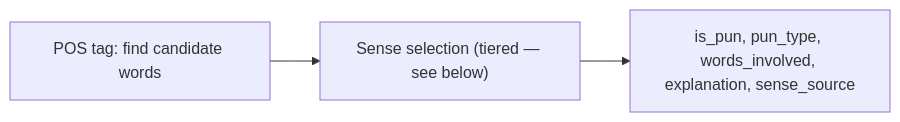
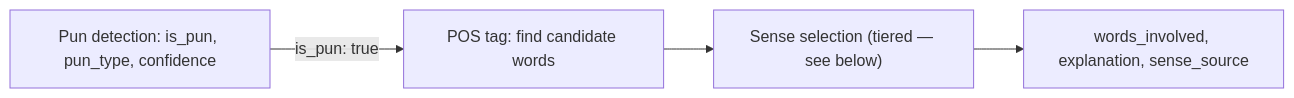
The first of 2 diagrams in docs/design/sense-selection.md (team-play/pun-analysis-agent), drawn with Mermaid before and after one commit. The commit also changed other lines of this file and 16 other files, not shown here.

First line of the commit message:
Design: Tier 3 hands off to Backend's Gemini via sense_source llm_fallback (#31)

````diff
--- a/docs/design/sense-selection.md
+++ b/docs/design/sense-selection.md
@@ -9,5 +9,6 @@
 ```mermaid
 flowchart LR
-    POS["POS tag: find candidate words"] --> SEL["Sense selection (tiered — see below)"]
-    SEL --> OUT["is_pun, pun_type, words_involved, explanation, sense_source"]
+    DET["Pun detection: is_pun, pun_type, confidence"] -- "is_pun: true" --> POS["POS tag: find candidate words"]
+    POS --> SEL["Sense selection (tiered — see below)"]
+    SEL --> OUT["words_involved, explanation, sense_source"]
 ```
````
